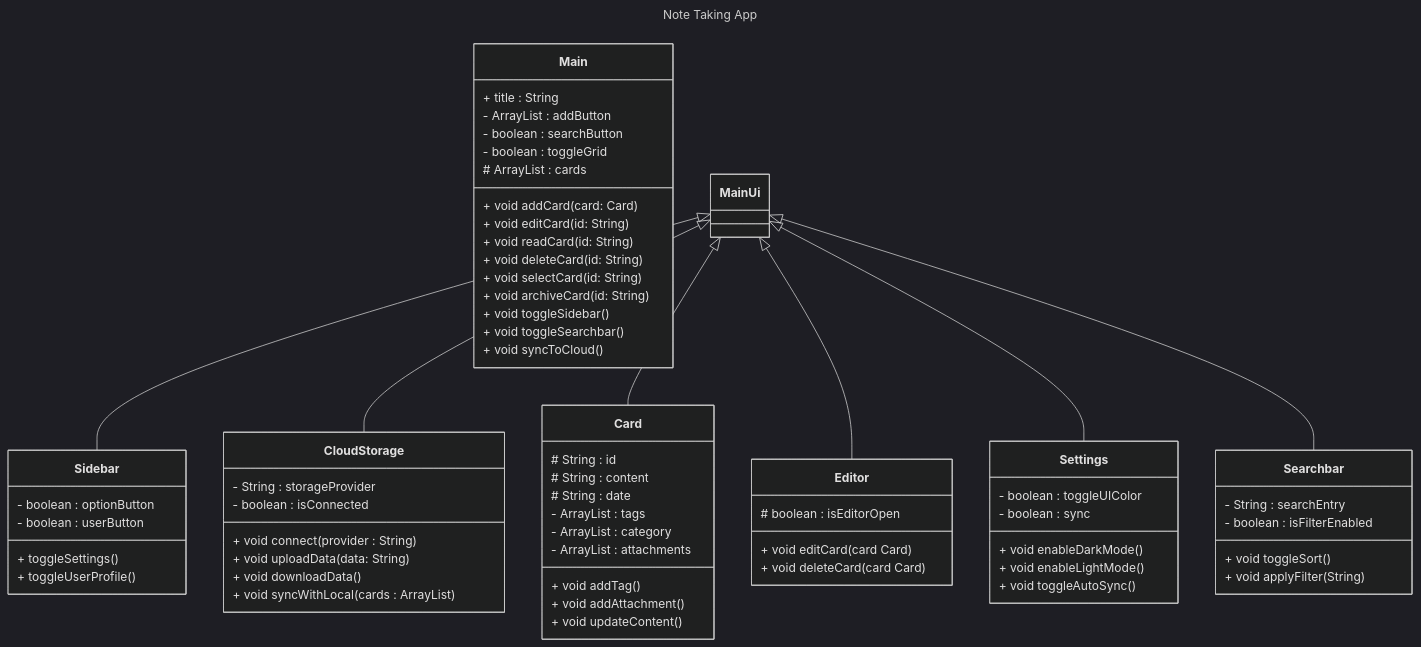
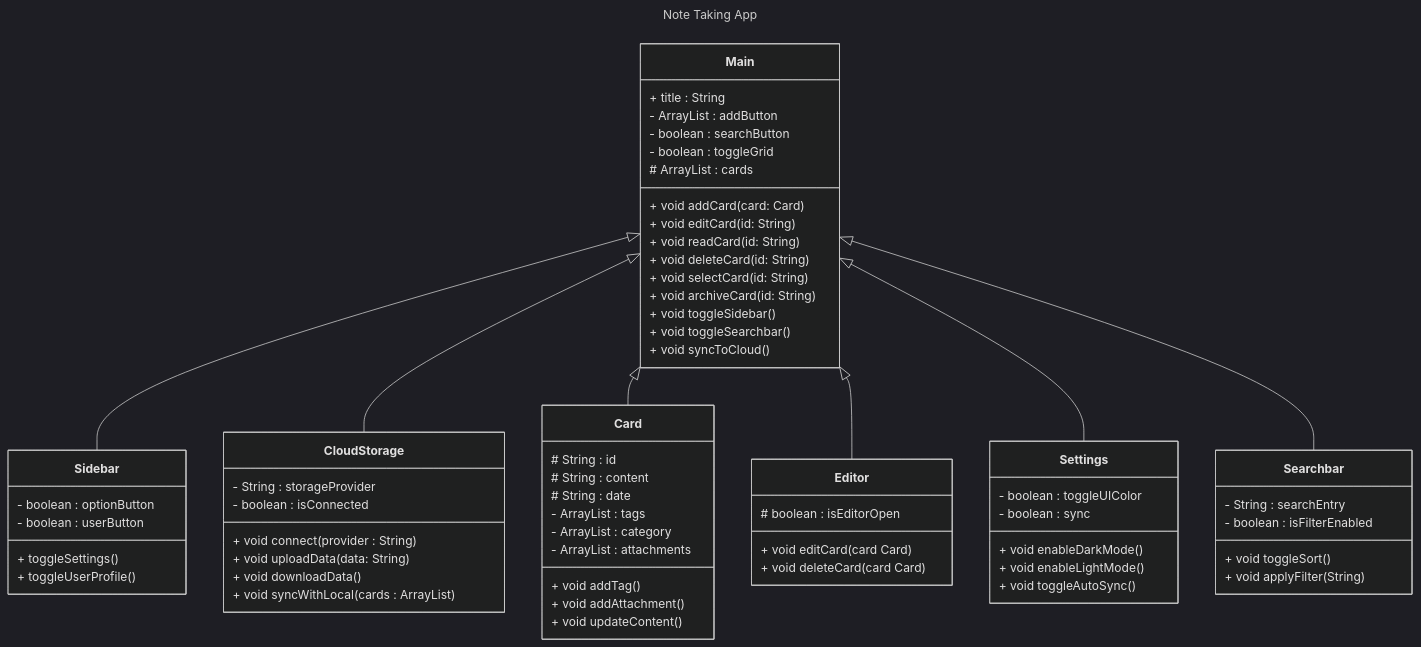
The diagram in AmorNotes/wiki/Project-Diagram.md (ambrocioreg/2425-2nd-cc3-1b-project-RAM), drawn with Mermaid (dark theme) before and after one commit.

````diff
--- a/AmorNotes/wiki/Project-Diagram.md
+++ b/AmorNotes/wiki/Project-Diagram.md
@@ -1,79 +1,79 @@
 ``` mermaid
 ---
 title: Note Taking App
 ---
 classDiagram
 
     class Main{
         + title : String
         - ArrayList<String> : addButton
         - boolean : searchButton
         - boolean : toggleGrid
         # ArrayList<Card> : cards
         + void addCard(card: Card)
         + void editCard(id: String)
         + void readCard(id: String)
         + void deleteCard(id: String)
         + void selectCard(id: String)
         + void archiveCard(id: String)
         + void toggleSidebar()
         + void toggleSearchbar()
         + void syncToCloud()
     }
 
     class Sidebar{
         - boolean : optionButton
         - boolean : userButton
         + toggleSettings()
         + toggleUserProfile()
     }
 
     class CloudStorage{
         - String : storageProvider
         - boolean : isConnected
         + void connect(provider : String)
         + void uploadData(data: String)
         + void downloadData()
         + void syncWithLocal(cards : ArrayList<Card>)
     }
 
     class Card {
         # String : id
         # String : content
         # String : date
         - ArrayList<String> : tags
         - ArrayList<String> : category
         - ArrayList<String> : attachments
         + void addTag()
         + void addAttachment()
         + void updateContent()
     }
     class Searchbar {
         - String : searchEntry
         - boolean : isFilterEnabled
         + void toggleSort()
         + void applyFilter(String)
     }
     class Editor {
         # boolean : isEditorOpen
         + void editCard(card Card)
         + void deleteCard(card Card)
     }
 
     class Settings {
         - boolean : toggleUIColor
         - boolean : sync
         + void enableDarkMode()
         + void enableLightMode()
         + void toggleAutoSync()
     }
 
-    MainUi <|-- Sidebar
-    MainUi <|-- CloudStorage
-    MainUi <|-- Card
-    MainUi <|-- Editor
-    MainUi <|-- Settings
-    MainUi <|-- Searchbar
+    Main <|-- Sidebar
+    Main <|-- CloudStorage
+    Main <|-- Card
+    Main <|-- Editor
+    Main <|-- Settings
+    Main <|-- Searchbar
 
 
 ```
````
